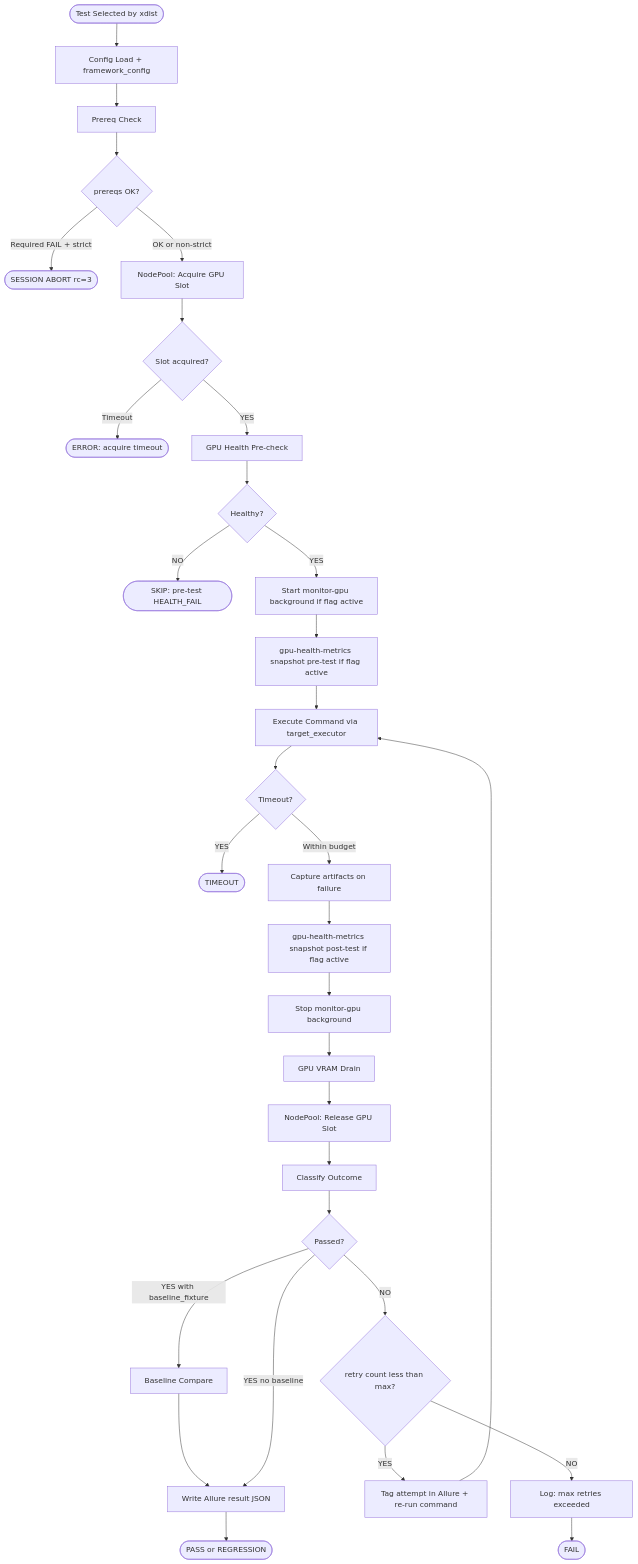
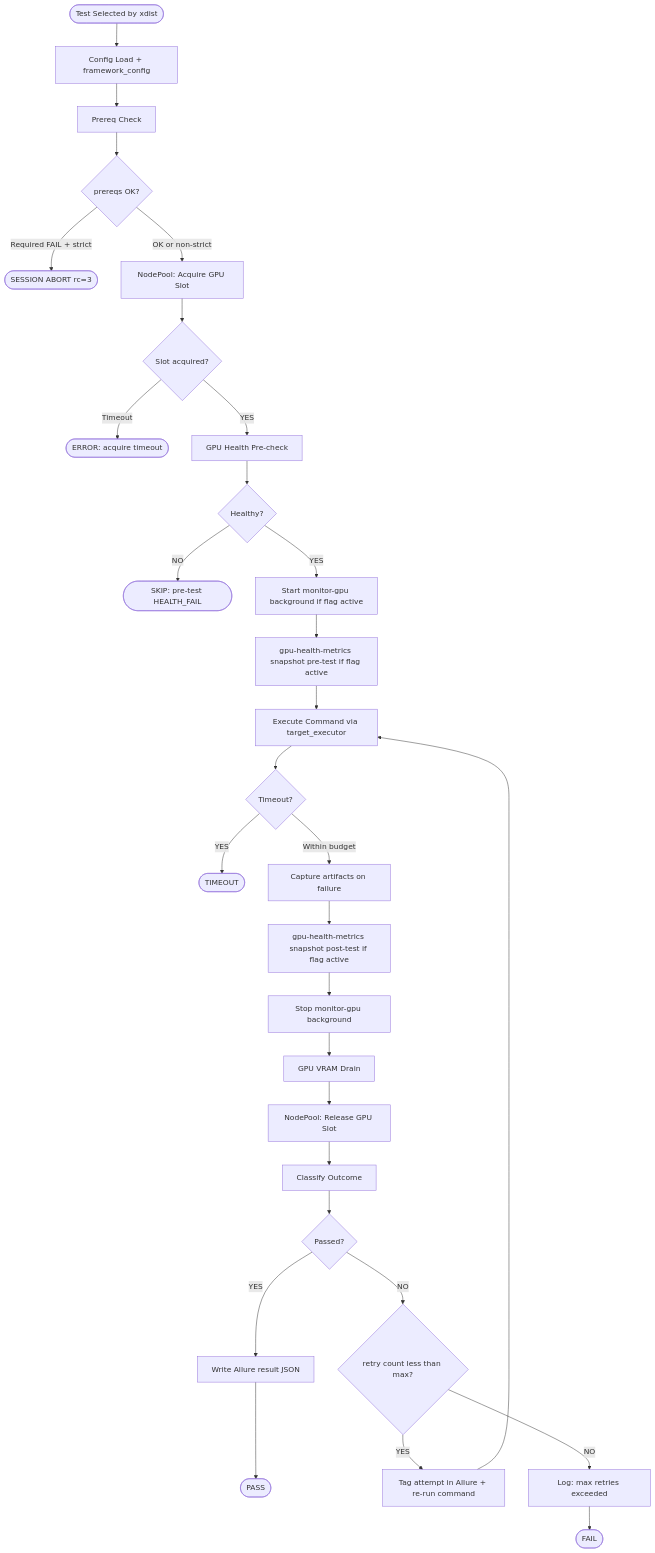
The second of 2 diagrams in docs/test-framework-architecture.md (ROCm/rocm-tests), drawn with Mermaid before and after one commit. The commit also changed other lines of this file and 28 other files, not shown here.

````diff
--- a/docs/test-framework-architecture.md
+++ b/docs/test-framework-architecture.md
@@ -1240,34 +1175,32 @@
 ```mermaid
 flowchart TD
     A([Test Selected by xdist]) --> B[Config Load + framework_config]
     B --> C[Prereq Check]
     C --> D{prereqs OK?}
     D -- Required FAIL + strict --> ABORT([SESSION ABORT rc=3])
     D -- OK or non-strict --> E[NodePool: Acquire GPU Slot]
     E --> F{Slot acquired?}
     F -- Timeout --> ETIMEOUT([ERROR: acquire timeout])
     F -- YES --> G[GPU Health Pre-check]
     G --> H{Healthy?}
     H -- NO --> HFAIL([SKIP: pre-test HEALTH_FAIL])
     H -- YES --> I[Start monitor-gpu background if flag active]
     I --> J[gpu-health-metrics snapshot pre-test if flag active]
     J --> K[Execute Command via target_executor]
     K --> L{Timeout?}
     L -- YES --> TIMEOUT([TIMEOUT])
     L -- Within budget --> M[Capture artifacts on failure]
     M --> N[gpu-health-metrics snapshot post-test if flag active]
     N --> O[Stop monitor-gpu background]
     O --> P[GPU VRAM Drain]
     P --> Q[NodePool: Release GPU Slot]
     Q --> R[Classify Outcome]
     R --> S{Passed?}
-    S -- YES with baseline_fixture --> T[Baseline Compare]
-    T --> U[Write Allure result JSON]
-    U --> PASS([PASS or REGRESSION])
-    S -- YES no baseline --> U
+    S -- YES --> U[Write Allure result JSON]
+    U --> PASS([PASS])
     S -- NO --> V{retry count less than max?}
     V -- YES --> W[Tag attempt in Allure + re-run command]
     W --> K
     V -- NO --> X[Log: max retries exceeded]
     X --> FAIL([FAIL])
 ```
````
